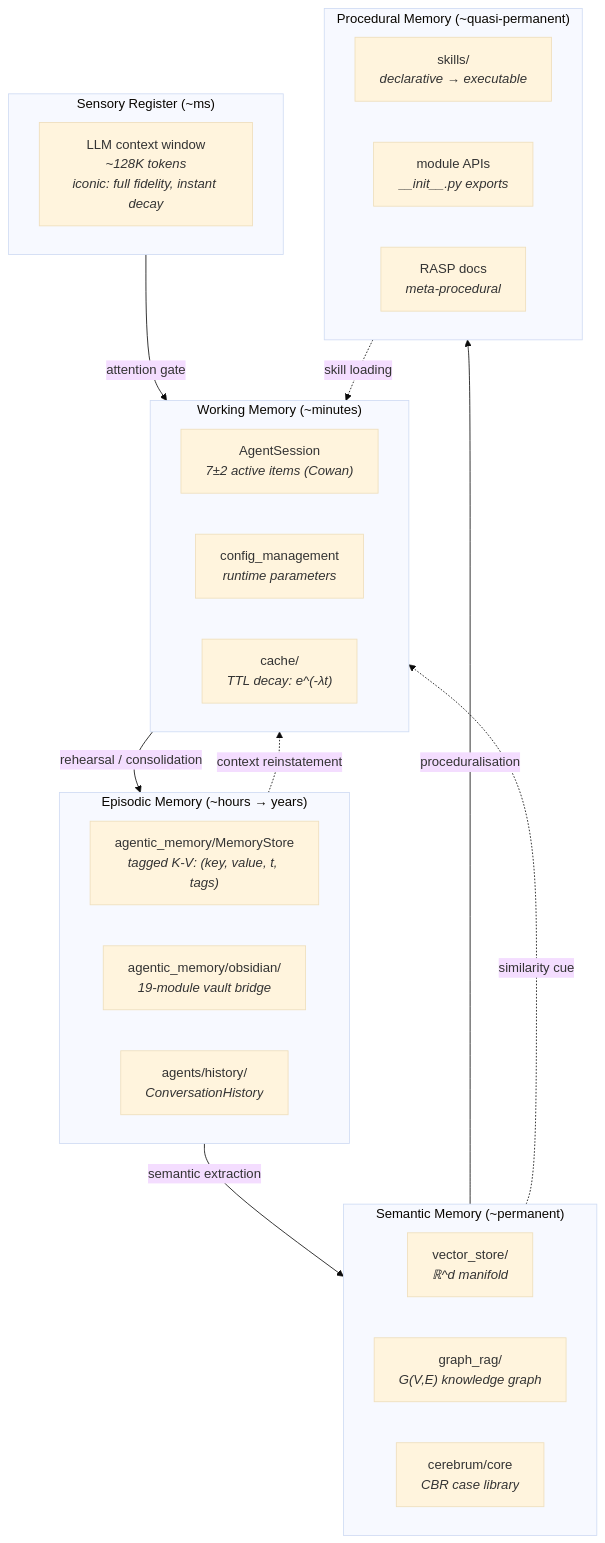
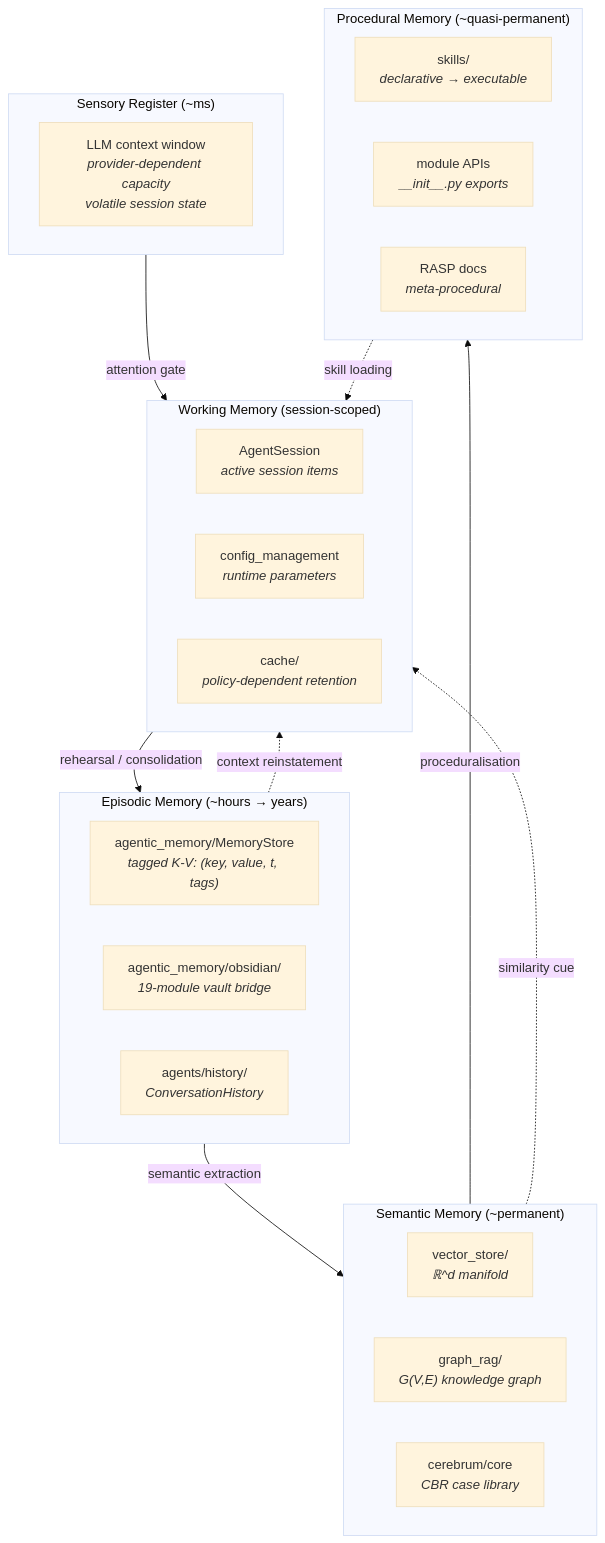
Before and after one commit to docxology/codomyrmex: the diagram in docs/agi/memory_and_continuity.md, drawn with Mermaid (base theme). The commit also changed other lines of this file and 287 other files, not shown here.

````diff
--- a/docs/agi/memory_and_continuity.md
+++ b/docs/agi/memory_and_continuity.md
@@ -17,39 +20,39 @@
 ```mermaid
 graph TB
     subgraph SENSORY["Sensory Register (~ms)"]
-        LLM_CTX["LLM context window<br/><i>~128K tokens</i><br/><i>iconic: full fidelity, instant decay</i>"]
+        LLM_CTX["LLM context window<br/><i>provider-dependent capacity</i><br/><i>volatile session state</i>"]
     end
 
-    subgraph WORKING["Working Memory (~minutes)"]
-        SESSION["AgentSession<br/><i>7±2 active items (Cowan)</i>"]
+    subgraph WORKING["Working Memory (session-scoped)"]
+        SESSION["AgentSession<br/><i>active session items</i>"]
         CONFIG["config_management<br/><i>runtime parameters</i>"]
-        CACHE["cache/<br/><i>TTL decay: e^(-λt)</i>"]
+        CACHE["cache/<br/><i>policy-dependent retention</i>"]
     end
 
     subgraph EPISODIC["Episodic Memory (~hours → years)"]
         AMEM["agentic_memory/MemoryStore<br/><i>tagged K-V: (key, value, t, tags)</i>"]
         OBS["agentic_memory/obsidian/<br/><i>19-module vault bridge</i>"]
         HIST["agents/history/<br/><i>ConversationHistory</i>"]
     end
 
     subgraph SEMANTIC["Semantic Memory (~permanent)"]
         VEC["vector_store/<br/><i>ℝ^d manifold</i>"]
         GRAPH["graph_rag/<br/><i>G(V,E) knowledge graph</i>"]
         CASE["cerebrum/core<br/><i>CBR case library</i>"]
     end
 
     subgraph PROCEDURAL["Procedural Memory (~quasi-permanent)"]
         SKILLS["skills/<br/><i>declarative → executable</i>"]
         CODE["module APIs<br/><i>__init__.py exports</i>"]
         RASP["RASP docs<br/><i>meta-procedural</i>"]
     end
 
     SENSORY -->|"attention gate"| WORKING
     WORKING -->|"rehearsal / consolidation"| EPISODIC
     EPISODIC -->|"semantic extraction"| SEMANTIC
     SEMANTIC -->|"proceduralisation"| PROCEDURAL
 
     PROCEDURAL -.->|"skill loading"| WORKING
     SEMANTIC -.->|"similarity cue"| WORKING
     EPISODIC -.->|"context reinstatement"| WORKING
 ```
````
